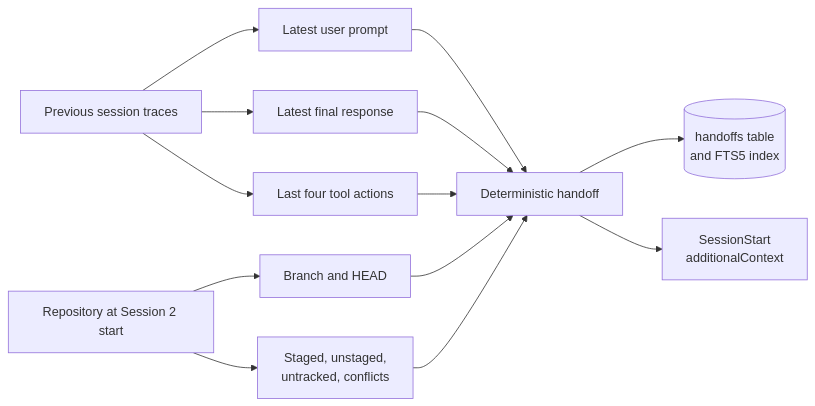
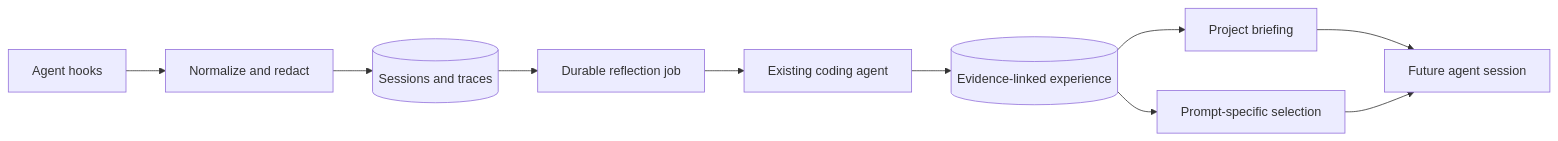
One commit to termyte-labs/termyte changed the diagram in OVERVIEW.md. Above: the diagram before and after it, drawn with Mermaid. The commit also changed other lines of this file and 24 other files, not shown here.

First line of the commit message:
feat: implement reflection service and experience management

````diff
--- a/OVERVIEW.md
+++ b/OVERVIEW.md
@@ -121,15 +5,12 @@
 ```mermaid
 flowchart LR
-  A[Previous session traces] --> B[Latest user prompt]
-  A --> C[Latest final response]
-  A --> D[Last four tool actions]
-  E[Repository at Session 2 start] --> F[Branch and HEAD]
-  E --> G[Staged, unstaged,<br/>untracked, conflicts]
-  B --> H[Deterministic handoff]
-  C --> H
-  D --> H
-  F --> H
-  G --> H
-  H --> I[(handoffs table<br/>and FTS5 index)]
-  H --> J[SessionStart<br/>additionalContext]
+  A[Agent hooks] --> B[Normalize and redact]
+  B --> C[(Sessions and traces)]
+  C --> D[Durable reflection job]
+  D --> E[Existing coding agent]
+  E --> F[(Evidence-linked experience)]
+  F --> G[Project briefing]
+  F --> H[Prompt-specific selection]
+  G --> I[Future agent session]
+  H --> I
 ```
````
